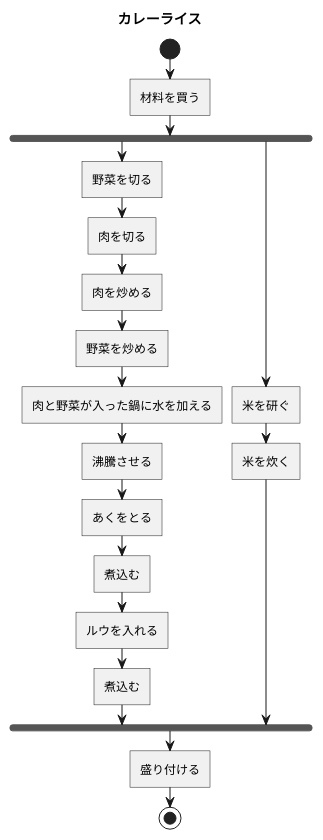
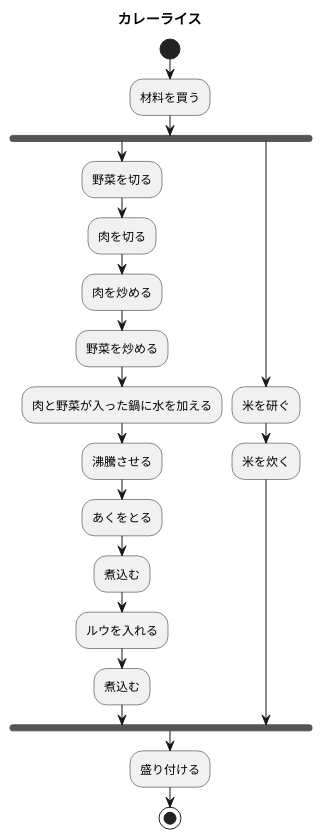
One commit to khhhhk/uml-introduction changed the diagram in 7章練習_ACカレーライス.pu. Above: the diagram before and after it, drawn with PlantUML.

Commit message:
練習問題

```diff
--- a/7章練習_ACカレーライス.pu
+++ b/7章練習_ACカレーライス.pu
@@ -1,22 +1,22 @@
 @startuml アクティビティ図
 title カレーライス
 start
-:材料を買う]
+:材料を買う;
 fork
-:野菜を切る]
-:肉を切る]
-:肉を炒める]
-:野菜を炒める]
-:肉と野菜が入った鍋に水を加える]
-:沸騰させる]
-:あくをとる]
-:煮込む]
-:ルウを入れる]
-:煮込む]
+:野菜を切る;
+:肉を切る;
+:肉を炒める;
+:野菜を炒める;
+:肉と野菜が入った鍋に水を加える;
+:沸騰させる;
+:あくをとる;
+:煮込む;
+:ルウを入れる;
+:煮込む;
 fork again
-:米を研ぐ]
-:米を炊く]
+:米を研ぐ;
+:米を炊く;
 end fork
-:盛り付ける]
+:盛り付ける;
 stop
 @enduml
```
